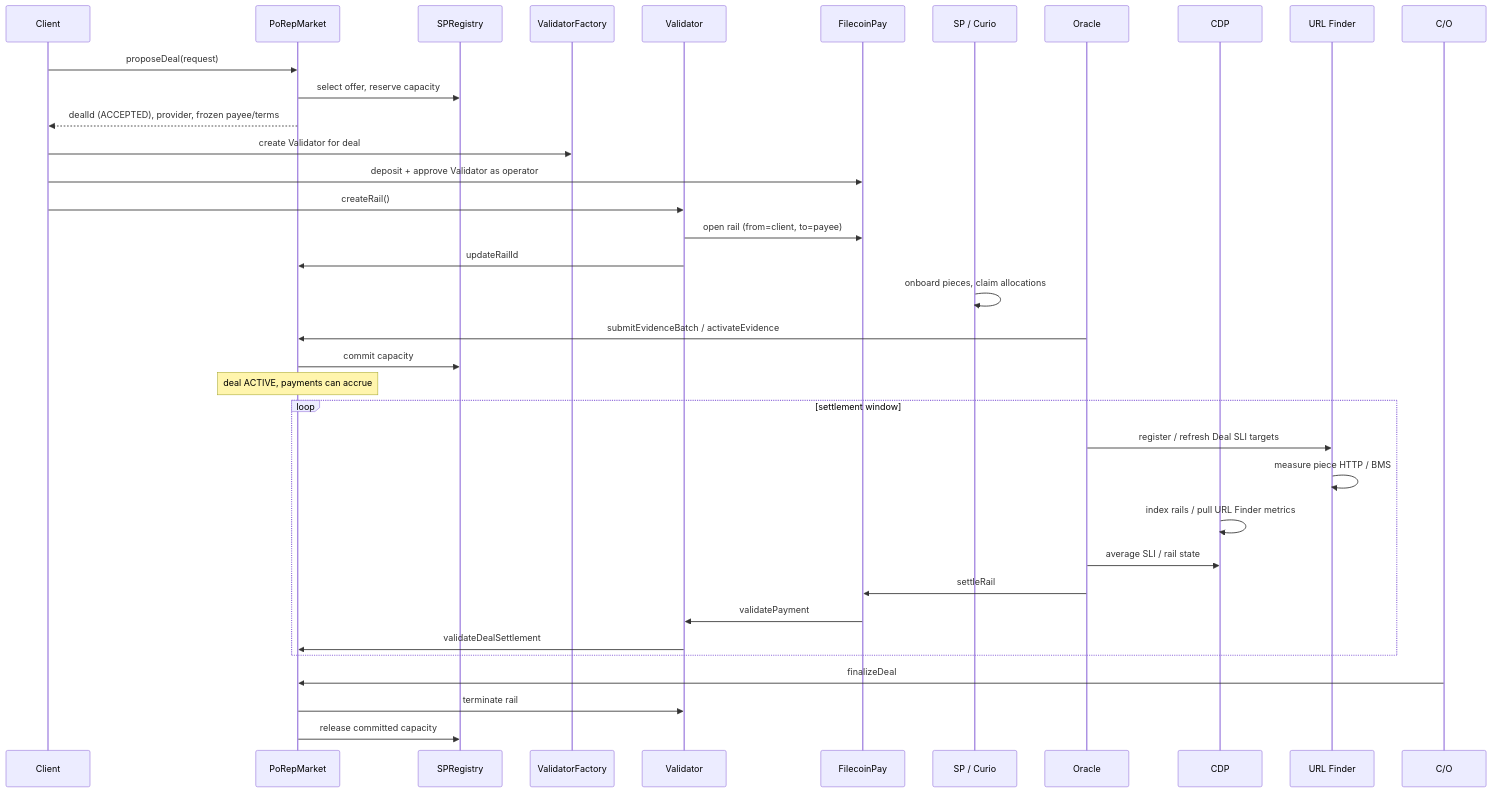
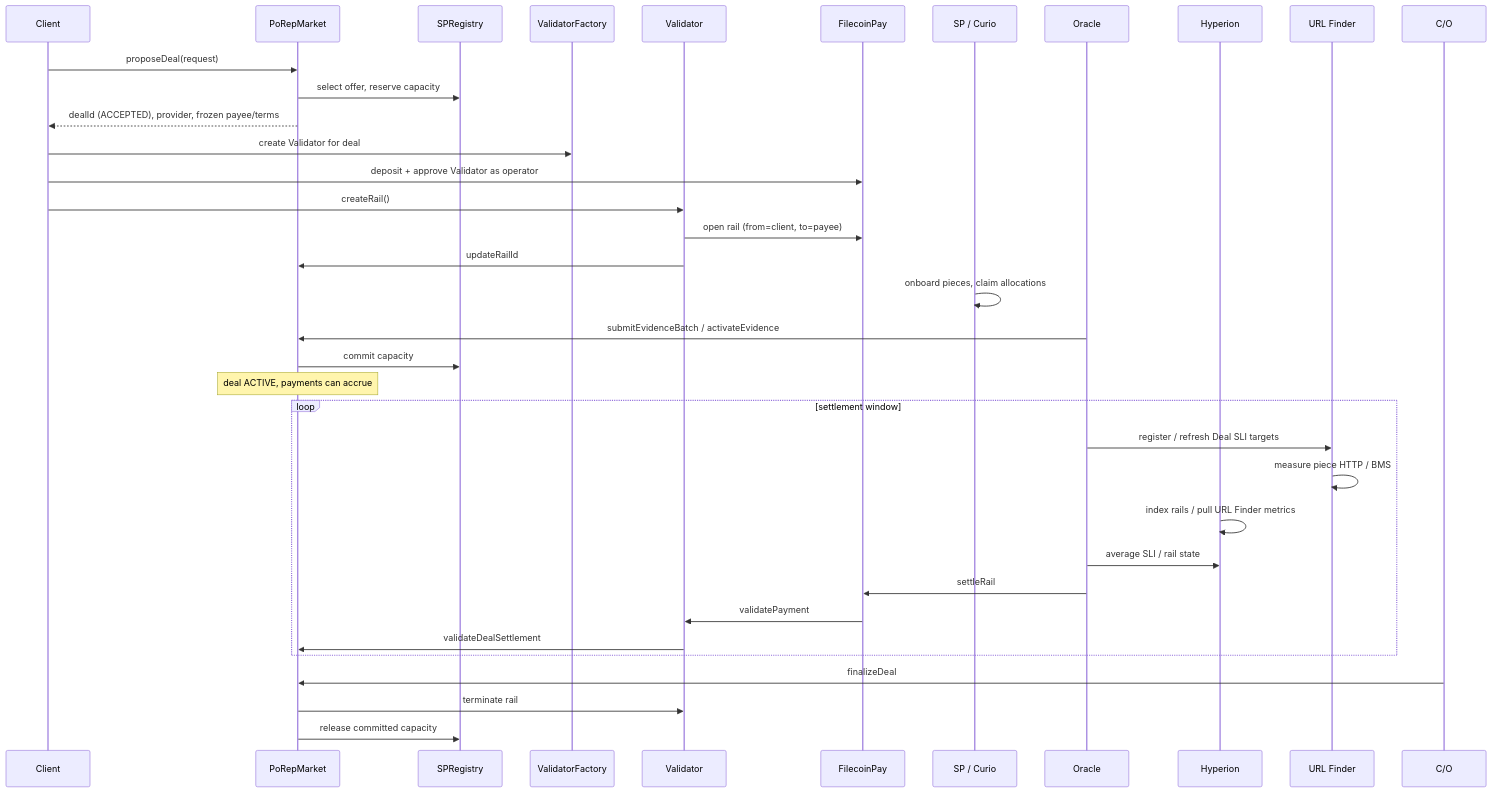
Before and after one commit to fidlabs/FCSS-devnet: the ninth of 12 diagrams in ARCHITECTURE.md, drawn with Mermaid. The commit also changed other lines of this file and 34 other files, not shown here.

First line of the commit message:
Replace CDP with Hyperion as the local PoRep indexer.

````diff
--- a/ARCHITECTURE.md
+++ b/ARCHITECTURE.md
@@ -532,42 +532,42 @@
 ```mermaid
 sequenceDiagram
   participant C as Client
   participant M as PoRepMarket
   participant R as SPRegistry
   participant F as ValidatorFactory
   participant V as Validator
   participant P as FilecoinPay
   participant SP as SP / Curio
   participant O as Oracle
-  participant CDP as CDP
+  participant Hyperion as Hyperion
   participant UF as URL Finder
 
   C->>M: proposeDeal(request)
   M->>R: select offer, reserve capacity
   M-->>C: dealId (ACCEPTED), provider, frozen payee/terms
 
   C->>F: create Validator for deal
   C->>P: deposit + approve Validator as operator
   C->>V: createRail()
   V->>P: open rail (from=client, to=payee)
   V->>M: updateRailId
 
   SP->>SP: onboard pieces, claim allocations
   O->>M: submitEvidenceBatch / activateEvidence
   M->>R: commit capacity
   Note over M: deal ACTIVE, payments can accrue
 
   loop settlement window
     O->>UF: register / refresh Deal SLI targets
     UF->>UF: measure piece HTTP / BMS
-    CDP->>CDP: index rails / pull URL Finder metrics
-    O->>CDP: average SLI / rail state
+    Hyperion->>Hyperion: index rails / pull URL Finder metrics
+    O->>Hyperion: average SLI / rail state
     O->>P: settleRail
     P->>V: validatePayment
     V->>M: validateDealSettlement
   end
 
   C/O->>M: finalizeDeal
   M->>V: terminate rail
   M->>R: release committed capacity
 ```
````
